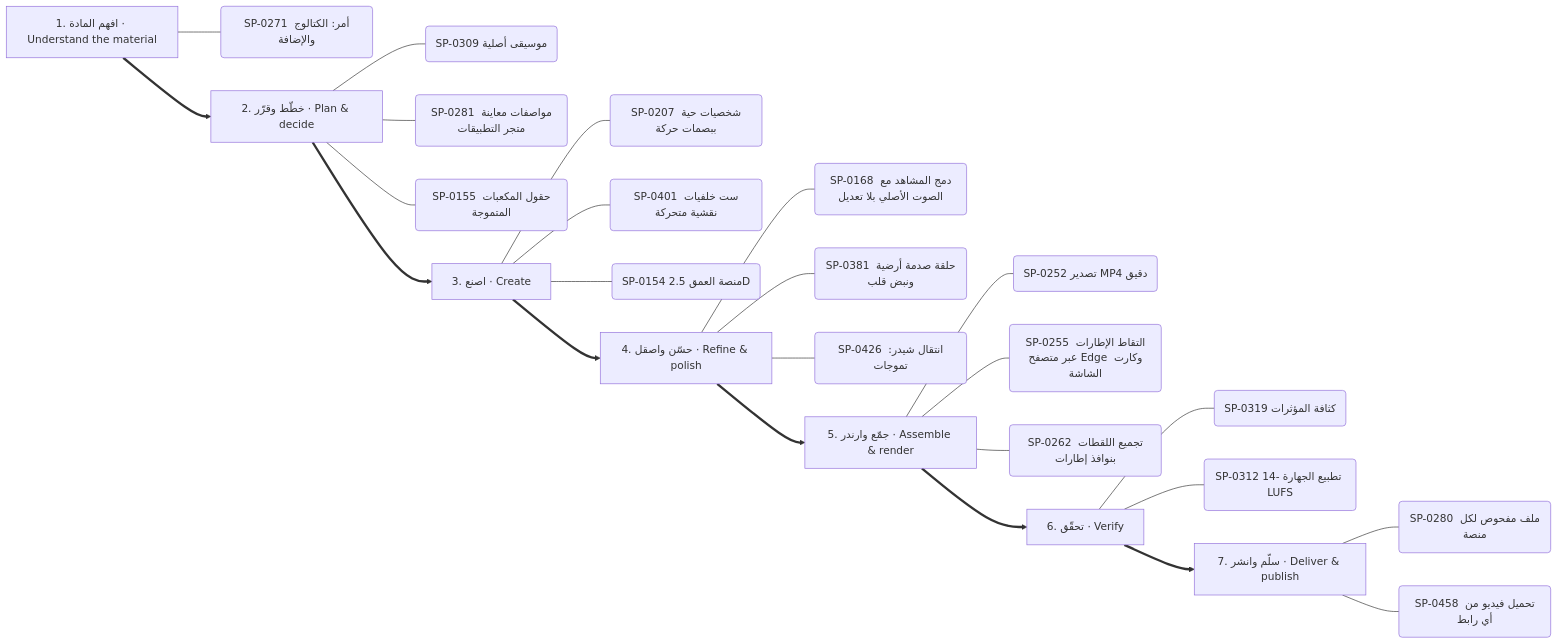
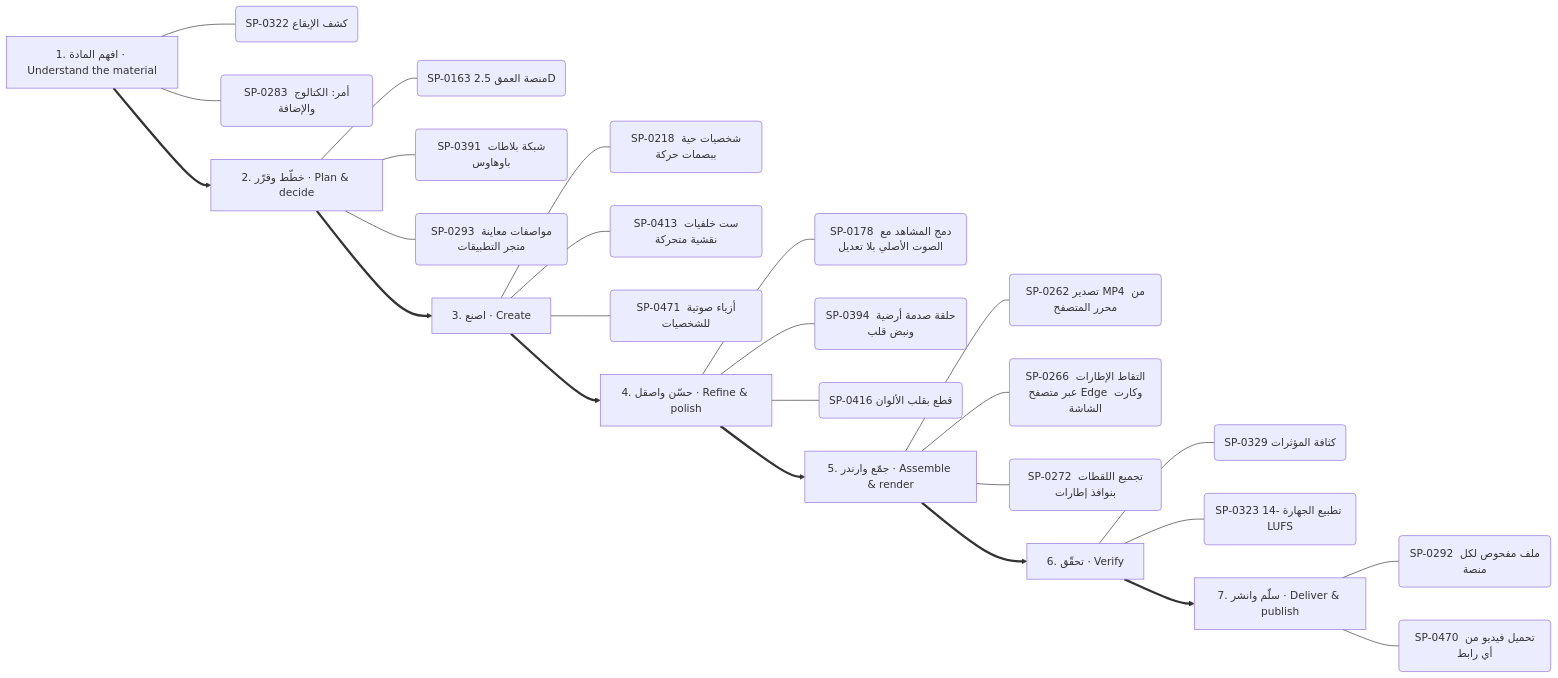
The fourth of 13 diagrams in .claude/skills/kosif-superpowers/references/capability-mindmap.md (kosif199022-jpg/kosif-tool), drawn with Mermaid before and after one commit. The commit also changed other lines of this file and 58 other files, not shown here.

````diff
--- a/.claude/skills/kosif-superpowers/references/capability-mindmap.md
+++ b/.claude/skills/kosif-superpowers/references/capability-mindmap.md
@@ -226,33 +227,34 @@
 ```mermaid
 flowchart LR
   S0["1. افهم المادة · Understand the material"]
-  S0 --- S0_0("SP-0271 أمر: الكتالوج والإضافة")
+  S0 --- S0_0("SP-0322 كشف الإيقاع")
+  S0 --- S0_1("SP-0283 أمر: الكتالوج والإضافة")
   S1["2. خطّط وقرّر · Plan & decide"]
-  S1 --- S1_0("SP-0309 موسيقى أصلية")
-  S1 --- S1_1("SP-0281 مواصفات معاينة متجر التطبيقات")
-  S1 --- S1_2("SP-0155 حقول المكعبات المتموجة")
+  S1 --- S1_0("SP-0163 منصة العمق 2.5D")
+  S1 --- S1_1("SP-0391 شبكة بلاطات باوهاوس")
+  S1 --- S1_2("SP-0293 مواصفات معاينة متجر التطبيقات")
   S0 ==> S1
   S2["3. اصنع · Create"]
-  S2 --- S2_0("SP-0207 شخصيات حية ببصمات حركة")
-  S2 --- S2_1("SP-0401 ست خلفيات نقشية متحركة")
-  S2 --- S2_2("SP-0154 منصة العمق 2.5D")
+  S2 --- S2_0("SP-0218 شخصيات حية ببصمات حركة")
+  S2 --- S2_1("SP-0413 ست خلفيات نقشية متحركة")
+  S2 --- S2_2("SP-0471 أزياء صوتية للشخصيات")
   S1 ==> S2
   S3["4. حسّن واصقل · Refine & polish"]
-  S3 --- S3_0("SP-0168 دمج المشاهد مع الصوت الأصلي بلا تعديل")
-  S3 --- S3_1("SP-0381 حلقة صدمة أرضية ونبض قلب")
-  S3 --- S3_2("SP-0426 انتقال شيدر: تموجات")
+  S3 --- S3_0("SP-0178 دمج المشاهد مع الصوت الأصلي بلا تعديل")
+  S3 --- S3_1("SP-0394 حلقة صدمة أرضية ونبض قلب")
+  S3 --- S3_2("SP-0416 قطع بقلب الألوان")
   S2 ==> S3
   S4["5. جمّع وارندر · Assemble & render"]
-  S4 --- S4_0("SP-0252 تصدير MP4 دقيق")
-  S4 --- S4_1("SP-0255 التقاط الإطارات عبر متصفح Edge وكارت الشاشة")
-  S4 --- S4_2("SP-0262 تجميع اللقطات بنوافذ إطارات")
+  S4 --- S4_0("SP-0262 تصدير MP4 من محرر المتصفح")
+  S4 --- S4_1("SP-0266 التقاط الإطارات عبر متصفح Edge وكارت الشاشة")
+  S4 --- S4_2("SP-0272 تجميع اللقطات بنوافذ إطارات")
   S3 ==> S4
   S5["6. تحقّق · Verify"]
-  S5 --- S5_0("SP-0319 كثافة المؤثرات")
-  S5 --- S5_1("SP-0312 تطبيع الجهارة -14 LUFS")
+  S5 --- S5_0("SP-0329 كثافة المؤثرات")
+  S5 --- S5_1("SP-0323 تطبيع الجهارة -14 LUFS")
   S4 ==> S5
   S6["7. سلّم وانشر · Deliver & publish"]
-  S6 --- S6_0("SP-0280 ملف مفحوص لكل منصة")
-  S6 --- S6_1("SP-0458 تحميل فيديو من أي رابط")
+  S6 --- S6_0("SP-0292 ملف مفحوص لكل منصة")
+  S6 --- S6_1("SP-0470 تحميل فيديو من أي رابط")
   S5 ==> S6
 ```
````
